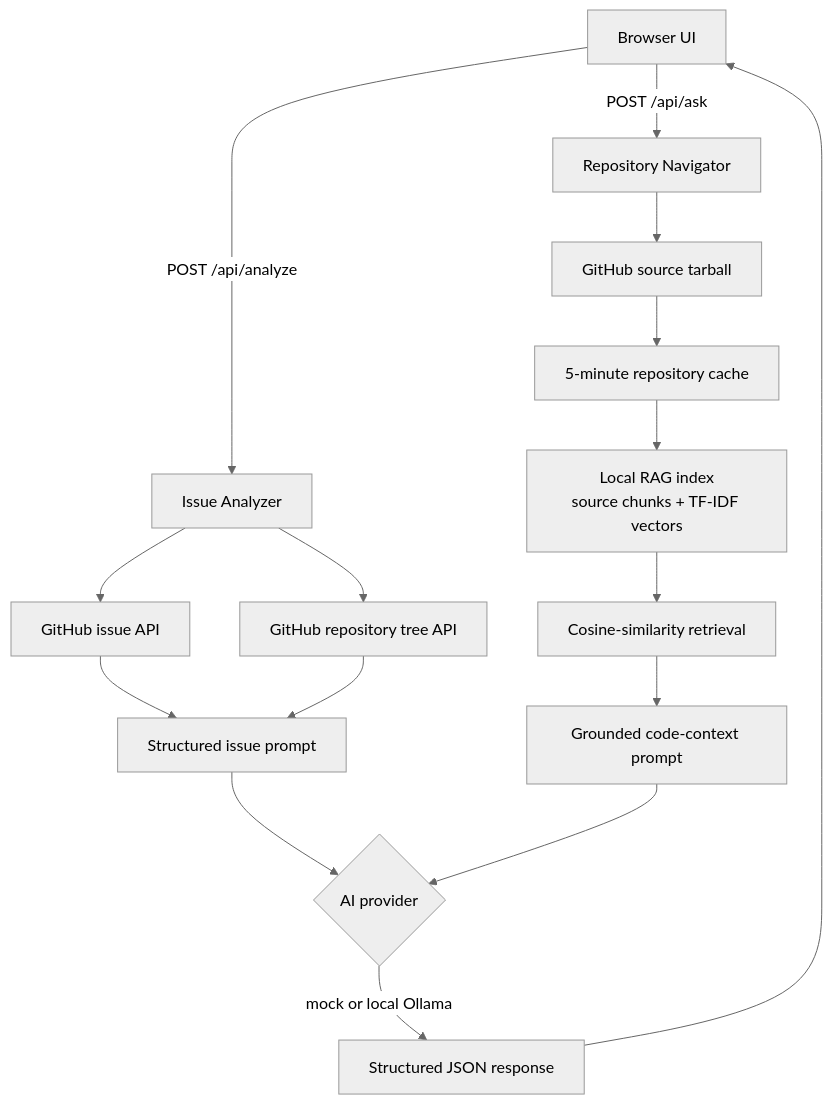
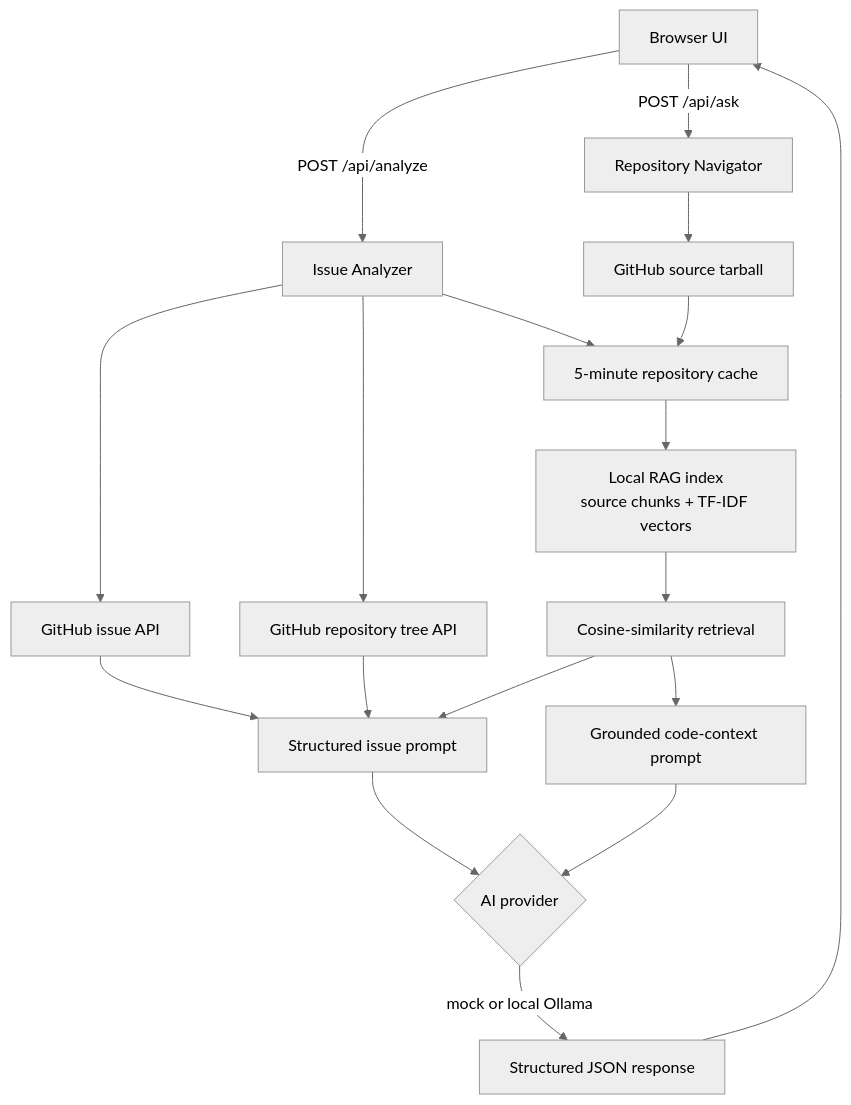
One commit to n0y0nD/ContriAI changed the diagram in README.md. Above: the diagram before and after it, drawn with Mermaid (neutral theme). The commit also changed other lines of this file and 12 other files, not shown here.

````diff
--- a/README.md
+++ b/README.md
@@ -36,21 +36,23 @@
 ```mermaid
 flowchart TD
     Browser[Browser UI] -->|POST /api/analyze| Analyze[Issue Analyzer]
     Browser -->|POST /api/ask| Ask[Repository Navigator]
 
     Analyze --> Issue[GitHub issue API]
     Analyze --> Tree[GitHub repository tree API]
     Issue --> IssuePrompt[Structured issue prompt]
     Tree --> IssuePrompt
+    Analyze --> Cache
+    Retrieve --> IssuePrompt
 
     Ask --> Tarball[GitHub source tarball]
     Tarball --> Cache[5-minute repository cache]
     Cache --> Index[Local RAG index\nsource chunks + TF-IDF vectors]
     Index --> Retrieve[Cosine-similarity retrieval]
     Retrieve --> CodePrompt[Grounded code-context prompt]
 
     IssuePrompt --> Provider{AI provider}
     CodePrompt --> Provider
     Provider -->|mock or local Ollama| Response[Structured JSON response]
     Response --> Browser
 ```
````
